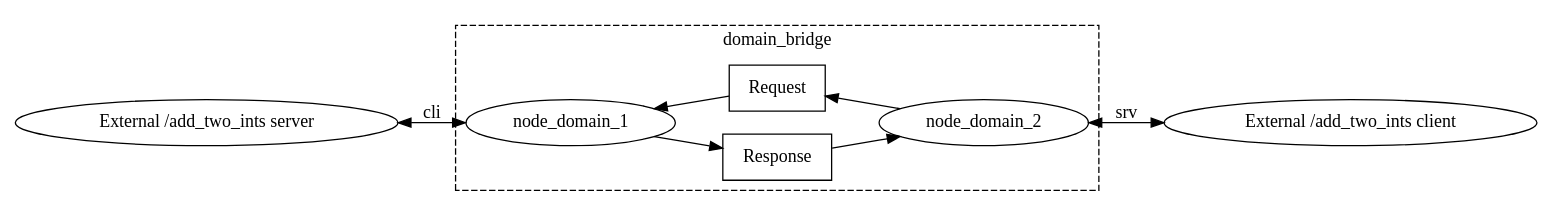
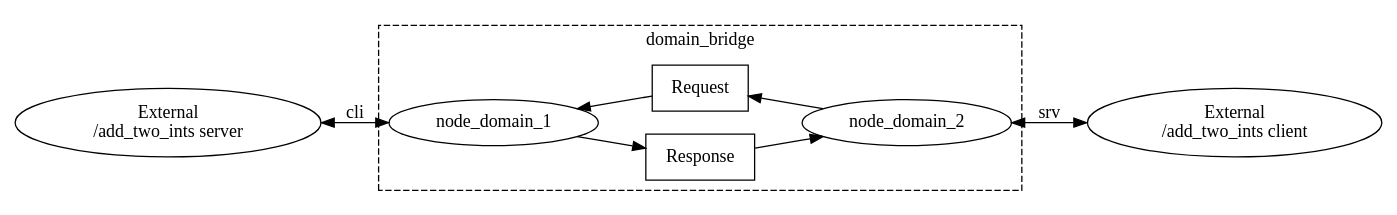
One commit to ros2/domain_bridge changed the diagram in doc/service_example.gv. Above: the diagram before and after it, drawn with Graphviz. The commit also changed 2 other files, not shown here.

```diff
--- a/doc/service_example.gv
+++ b/doc/service_example.gv
@@ -1,22 +1,22 @@
 digraph {
     rankdir="LR";
     service_in -> node_domain_1 [dir="both"] [label="cli"]
     node_domain_1 -> rep_1_to_2
     rep_1_to_2 -> node_domain_2
     node_domain_2 -> req_2_to_1
     req_2_to_1 -> node_domain_1
     node_domain_2 -> service_out [dir="both"] [label="srv"]
 
     subgraph cluster_domain_bridge {
         node_domain_1 [shape=oval, color="#000000"];
         node_domain_2 [shape=oval, color="#000000"];
         rep_1_to_2 [shape=box, color="#000000", label="Response"];
         req_2_to_1 [shape=box, color="#000000", label="Request"];
         {rank = same; rep_1_to_2; req_2_to_1}
         label="domain_bridge";
         graph[style=dashed];
     }
       
-    service_in [shape=oval, color="#000000", label="External /add_two_ints server"]
-    service_out [shape=oval, color="#000000", label="External /add_two_ints client"];
+    service_in [shape=oval, color="#000000", label="External\n /add_two_ints server"]
+    service_out [shape=oval, color="#000000", label="External\n /add_two_ints client"];
 }
```
